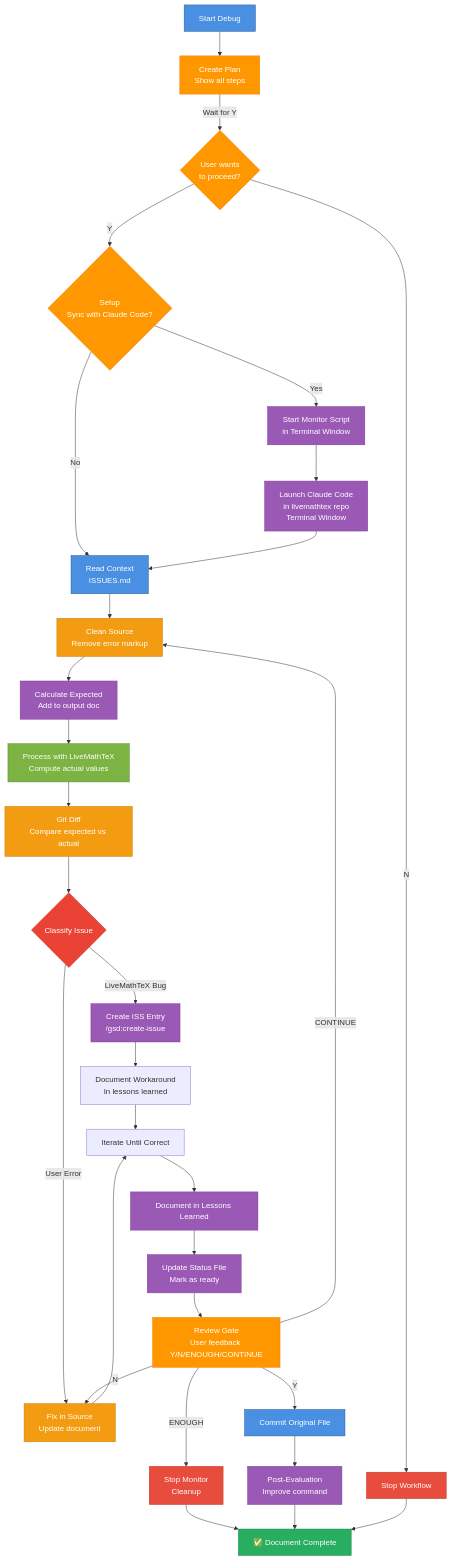
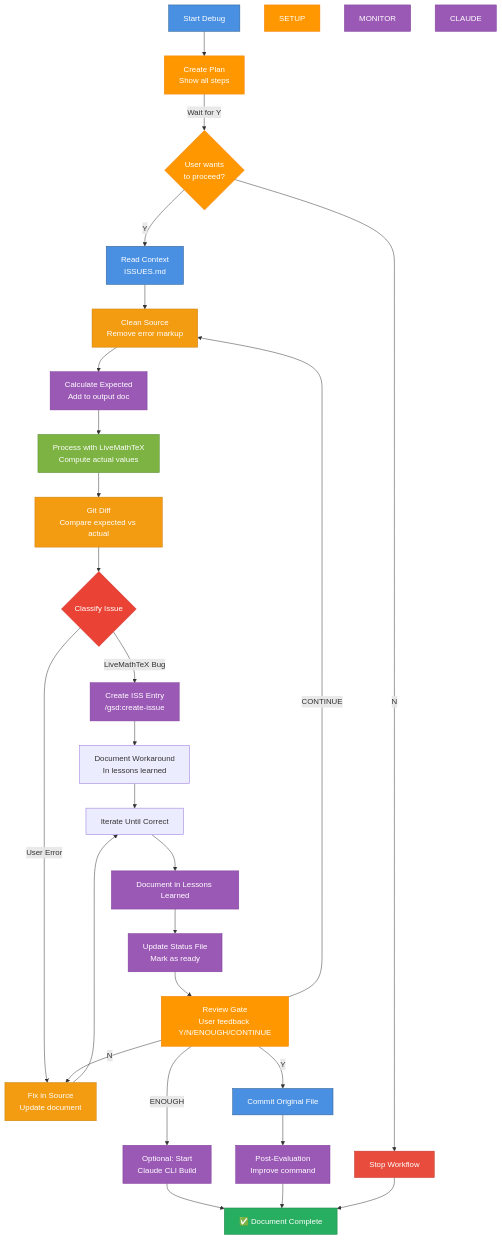
One commit to MarkMichiels/livemathtex changed the diagram in .cursor/commands/debug-calculations.md. Above: the diagram before and after it, drawn with Mermaid. The commit also changed other lines of this file and 26 other files, not shown here.

````diff
--- a/.cursor/commands/debug-calculations.md
+++ b/.cursor/commands/debug-calculations.md
@@ -355,55 +201,51 @@
 ```mermaid
 graph TB
     START[Start Debug] --> PLAN[Create Plan<br/>Show all steps]
     PLAN -->|Wait for Y| ASK{User wants<br/>to proceed?}
     ASK -->|N| STOP[Stop Workflow]
-    ASK -->|Y| SETUP{Setup<br/>Sync with Claude Code?}
-    SETUP -->|Yes| MONITOR[Start Monitor Script<br/>in Terminal Window]
-    SETUP -->|No| CONTEXT[Read Context<br/>ISSUES.md]
-    MONITOR --> CLAUDE[Launch Claude Code<br/>in livemathtex repo<br/>Terminal Window]
-    CLAUDE --> CONTEXT
+    ASK -->|Y| CONTEXT[Read Context<br/>ISSUES.md]
     CONTEXT --> CLEAN[Clean Source<br/>Remove error markup]
     CLEAN --> EXPECT[Calculate Expected<br/>Add to output doc]
     EXPECT --> PROCESS[Process with LiveMathTeX<br/>Compute actual values]
     PROCESS --> DIFF[Git Diff<br/>Compare expected vs actual]
     DIFF --> CLASSIFY{Classify Issue}
     CLASSIFY -->|LiveMathTeX Bug| ISSUE[Create ISS Entry<br/>/gsd:create-issue]
     CLASSIFY -->|User Error| FIX[Fix in Source<br/>Update document]
     ISSUE --> WORKAROUND[Document Workaround<br/>In lessons learned]
     FIX --> ITERATE[Iterate Until Correct]
     WORKAROUND --> ITERATE
     ITERATE --> LEARN[Document in Lessons Learned]
     LEARN --> STATUS[Update Status File<br/>Mark as ready]
     STATUS --> REVIEW[Review Gate<br/>User feedback Y/N/ENOUGH/CONTINUE]
     REVIEW -->|N| FIX
     REVIEW -->|CONTINUE| CLEAN
     REVIEW -->|Y| COMMIT[Commit Original File]
-    REVIEW -->|ENOUGH| CLEANUP[Stop Monitor<br/>Cleanup]
+    REVIEW -->|ENOUGH| OPTIONAL[Optional: Start<br/>Claude CLI Build]
     COMMIT --> POST[Post-Evaluation<br/>Improve command]
-    CLEANUP --> DONE[✅ Document Complete]
+    OPTIONAL --> DONE[✅ Document Complete]
     POST --> DONE
     STOP --> DONE
 
     style START fill:#4a90e2,stroke:#2e5c8a,color:#fff
     style PLAN fill:#ff9800,stroke:#f57c00,color:#fff
     style ASK fill:#ff9800,stroke:#f57c00,color:#fff
     style SETUP fill:#ff9800,stroke:#f57c00,color:#fff
     style MONITOR fill:#9b59b6,stroke:#7d3c98,color:#fff
     style CLAUDE fill:#9b59b6,stroke:#7d3c98,color:#fff
     style CONTEXT fill:#4a90e2,stroke:#2e5c8a,color:#fff
     style CLEAN fill:#f39c12,stroke:#c87f0a,color:#fff
     style EXPECT fill:#9b59b6,stroke:#7d3c98,color:#fff
     style PROCESS fill:#7cb342,stroke:#558b2f,color:#fff
     style DIFF fill:#f39c12,stroke:#c87f0a,color:#fff
     style CLASSIFY fill:#ea4335,stroke:#c5221f,color:#fff
     style ISSUE fill:#9b59b6,stroke:#7d3c98,color:#fff
     style FIX fill:#f39c12,stroke:#c87f0a,color:#fff
     style LEARN fill:#9b59b6,stroke:#7d3c98,color:#fff
     style STATUS fill:#9b59b6,stroke:#7d3c98,color:#fff
     style REVIEW fill:#ff9800,stroke:#f57c00,color:#fff
     style COMMIT fill:#4a90e2,stroke:#2e5c8a,color:#fff
-    style CLEANUP fill:#e74c3c,stroke:#c0392b,color:#fff
+    style OPTIONAL fill:#9b59b6,stroke:#7d3c98,color:#fff
     style POST fill:#9b59b6,stroke:#7d3c98,color:#fff
     style DONE fill:#27ae60,stroke:#1e8449,color:#fff
     style STOP fill:#e74c3c,stroke:#c0392b,color:#fff
 ```
````
